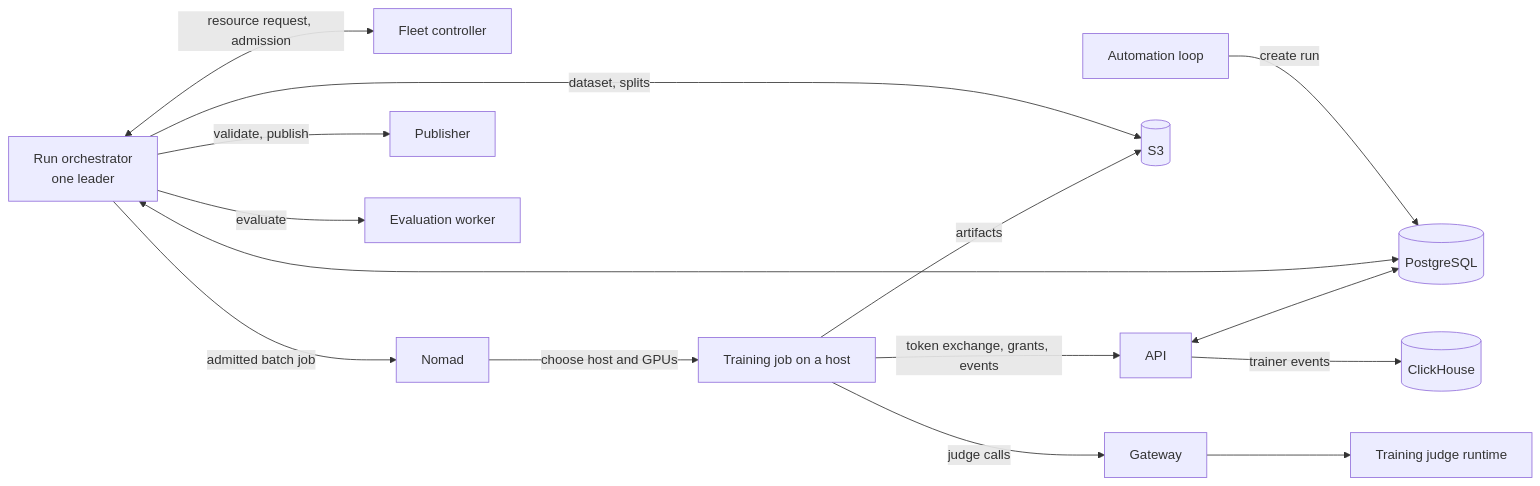
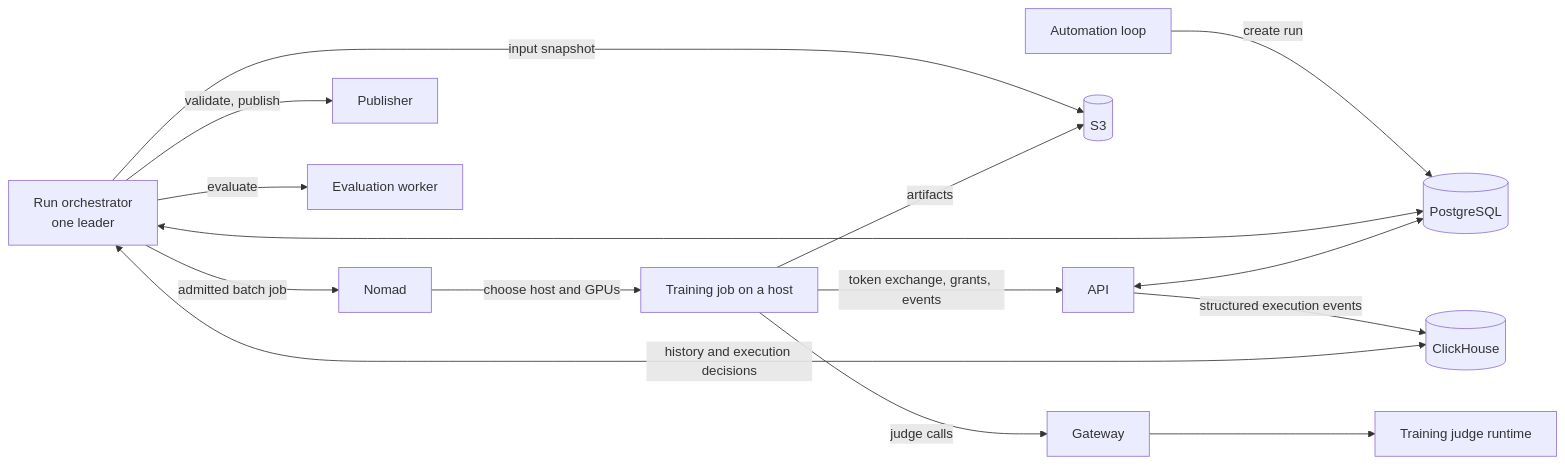
One commit to Gradiated/gradiated changed the first of 3 diagrams in docs/TASK_FINE_TUNING_RUN_CONTRACT.md. Above: the diagram before and after it, drawn with Mermaid. The commit also changed other lines of this file and 7 other files, not shown here.

First line of the commit message:
Simplify fine-tuning architecture and unify generation events (#44)

````diff
--- a/docs/TASK_FINE_TUNING_RUN_CONTRACT.md
+++ b/docs/TASK_FINE_TUNING_RUN_CONTRACT.md
@@ -7,16 +7,16 @@
 ```mermaid
 flowchart LR
   AUTO[Automation loop] -->|create run| PG[(PostgreSQL)]
   ORCH[Run orchestrator<br/>one leader] <--> PG
-  ORCH -->|dataset, splits| S3[(S3)]
-  ORCH <-->|resource request, admission| FLEET[Fleet controller]
+  ORCH -->|input snapshot| S3[(S3)]
   ORCH -->|admitted batch job| NOMAD[Nomad]
   NOMAD -->|choose host and GPUs| JOB[Training job on a host]
   JOB -->|token exchange, grants, events| API[API]
   API <--> PG
   JOB -->|judge calls| GW[Gateway] --> JUDGE[Training judge runtime]
   JOB -->|artifacts| S3
   ORCH -->|validate, publish| PUB[Publisher]
   ORCH -->|evaluate| EVAL[Evaluation worker]
-  API -->|trainer events| CH[(ClickHouse)]
+  API -->|structured execution events| CH[(ClickHouse)]
+  ORCH <-->|history and execution decisions| CH
 ```
````
